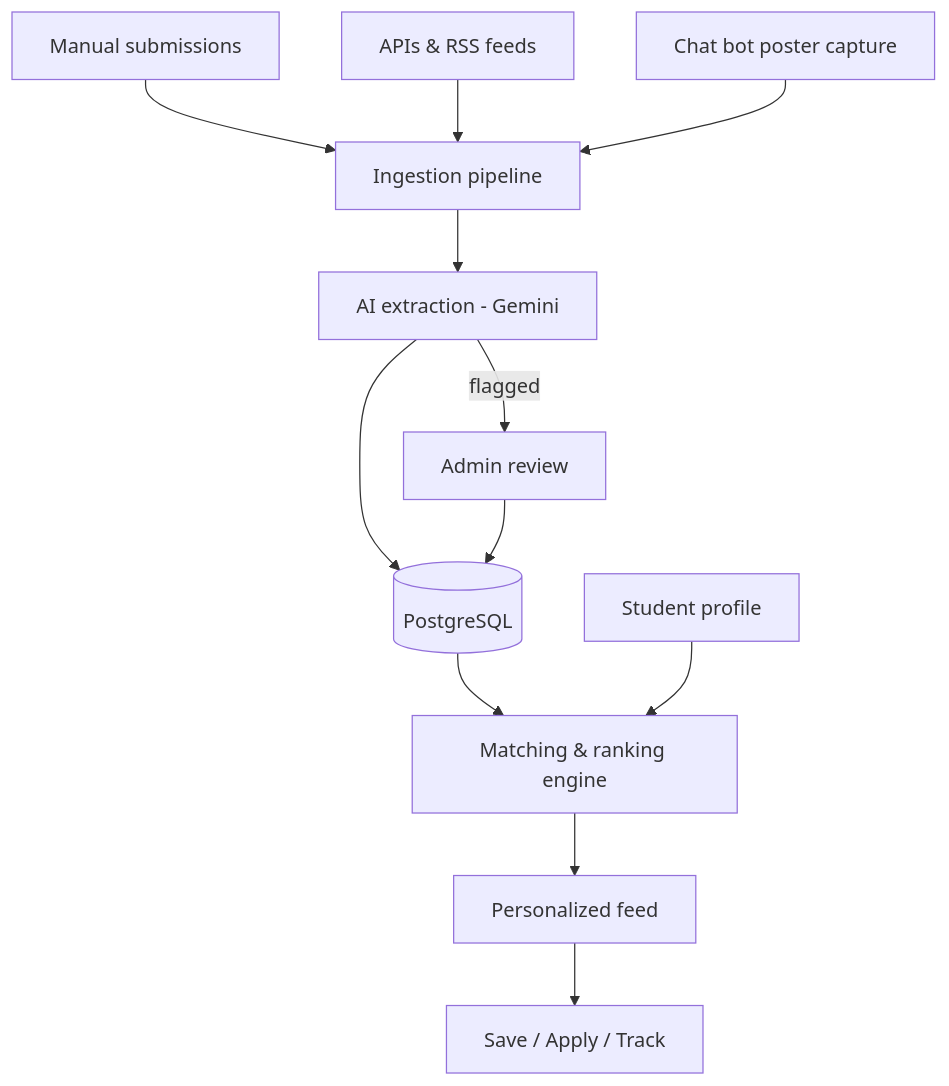
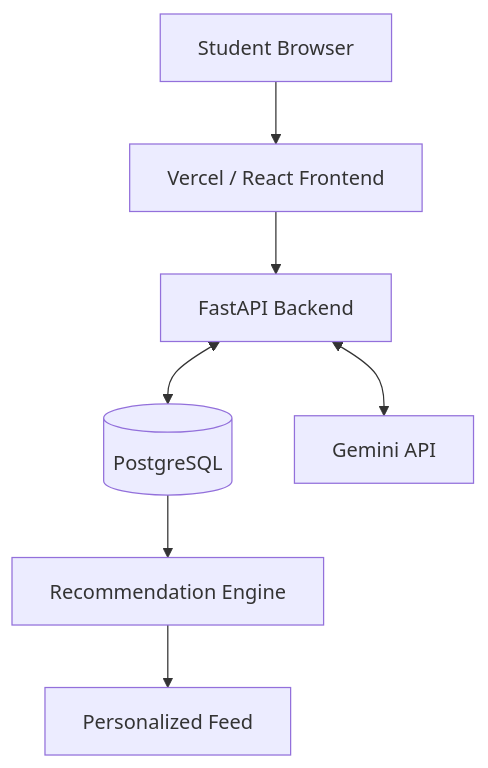
The diagram in README.md (biswajit328/ucs503p-202627-campus-opportunity-radar), drawn with Mermaid before and after one commit. The commit also changed other lines of this file, not shown here.

````diff
--- a/README.md
+++ b/README.md
@@ -62,14 +97,11 @@
 ```mermaid
 flowchart TD
-    A[Manual submissions] --> D[Ingestion pipeline]
-    B[APIs & RSS feeds] --> D
-    C[Chat bot poster capture] --> D
-    D --> E[AI extraction - Gemini]
-    E -->|flagged| F[Admin review]
-    E --> G[(PostgreSQL)]
-    F --> G
-    G --> I[Matching & ranking engine]
-    H[Student profile] --> I
-    I --> J[Personalized feed]
-    J --> K[Save / Apply / Track]
+    Browser[Student Browser] --> Frontend[Vercel / React Frontend]
+    Frontend --> Backend[FastAPI Backend]
+
+    Backend <--> DB[(PostgreSQL)]
+    Backend <--> AI[Gemini API]
+
+    DB --> Engine[Recommendation Engine]
+    Engine --> Feed[Personalized Feed]
 ```
````
